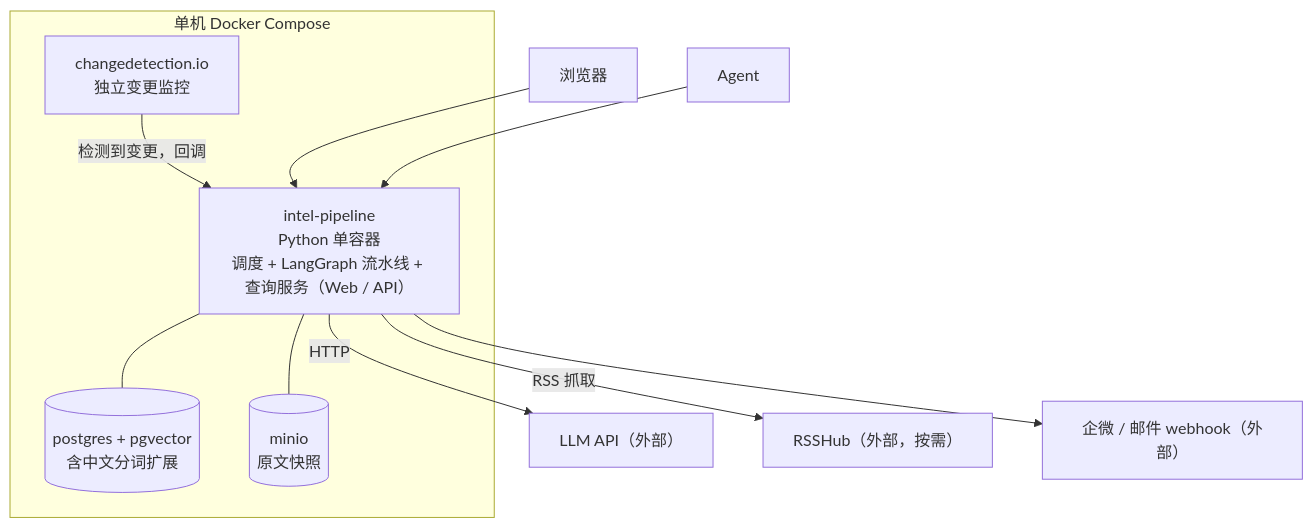
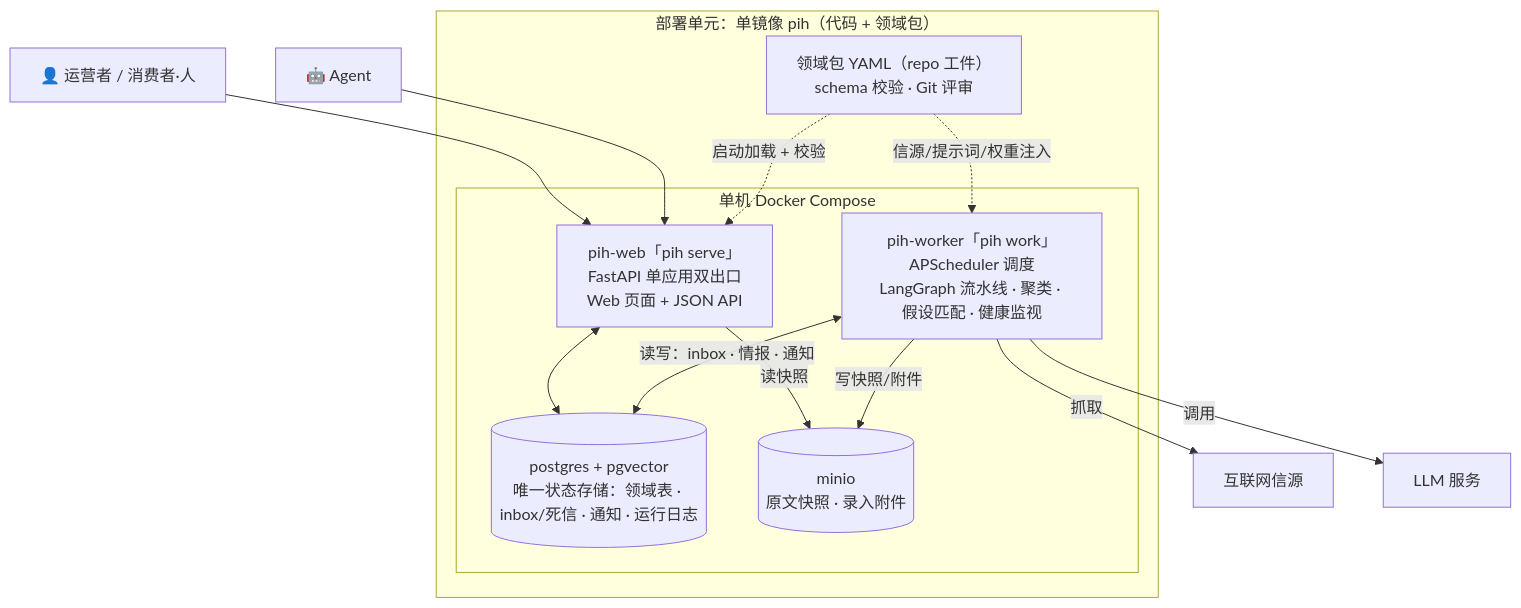
Before and after one commit to leoricmaster/pih: the second of 10 diagrams in backlog/docs/doc-002 - 架构设计-Architecture.md, drawn with Mermaid. The commit also changed other lines of this file and 5 other files, not shown here.

````diff
--- a/backlog/docs/doc-002 - 架构设计-Architecture.md
+++ b/backlog/docs/doc-002 - 架构设计-Architecture.md
@@ -56,22 +67,26 @@
 ```mermaid
 flowchart TB
-    subgraph HOST["单机 Docker Compose"]
-        APP["intel-pipeline<br/>Python 单容器<br/>调度 + LangGraph 流水线 + 查询服务（Web / API）"]
-        PG[("postgres + pgvector<br/>含中文分词扩展")]
-        MINIO[("minio<br/>原文快照")]
-        CDC["changedetection.io<br/>独立变更监控"]
+    subgraph REPO["部署单元：单镜像 pih（代码 + 领域包）"]
+        subgraph HOST["单机 Docker Compose"]
+            WEB["pih-web「pih serve」<br/>FastAPI 单应用双出口<br/>Web 页面 + JSON API"]
+            WORK["pih-worker「pih work」<br/>APScheduler 调度<br/>LangGraph 流水线 · 聚类 · 假设匹配 · 健康监视"]
+            PG[("postgres + pgvector<br/>唯一状态存储：领域表 · inbox/死信 · 通知 · 运行日志")]
+            MINIO[("minio<br/>原文快照 · 录入附件")]
+        end
+        PACK["领域包 YAML（repo 工件）<br/>schema 校验 · Git 评审"]
     end
-    LLM["LLM API（外部）"]
-    RSSH["RSSHub（外部，按需）"]
-    HU["浏览器"]
-    AG["Agent"]
-    PUSHW["企微 / 邮件 webhook（外部）"]
-    APP --- PG
-    APP --- MINIO
-    CDC -->|"检测到变更，回调"| APP
-    APP -->|"HTTP"| LLM
-    APP -->|"RSS 抓取"| RSSH
-    HU --> APP
-    AG --> APP
-    APP --> PUSHW
+    OP["👤 运营者 / 消费者·人"]
+    AG["🤖 Agent"]
+    SRC["互联网信源"]
+    LLM["LLM 服务"]
+    OP --> WEB
+    AG --> WEB
+    WEB <--> PG
+    WEB -->|"读快照"| MINIO
+    WORK -->|"抓取"| SRC
+    WORK -->|"调用"| LLM
+    WORK -->|"写快照/附件"| MINIO
+    WORK <-->|"读写：inbox · 情报 · 通知"| PG
+    PACK -.->|"启动加载 + 校验"| WEB
+    PACK -.->|"信源/提示词/权重注入"| WORK
 ```
````
